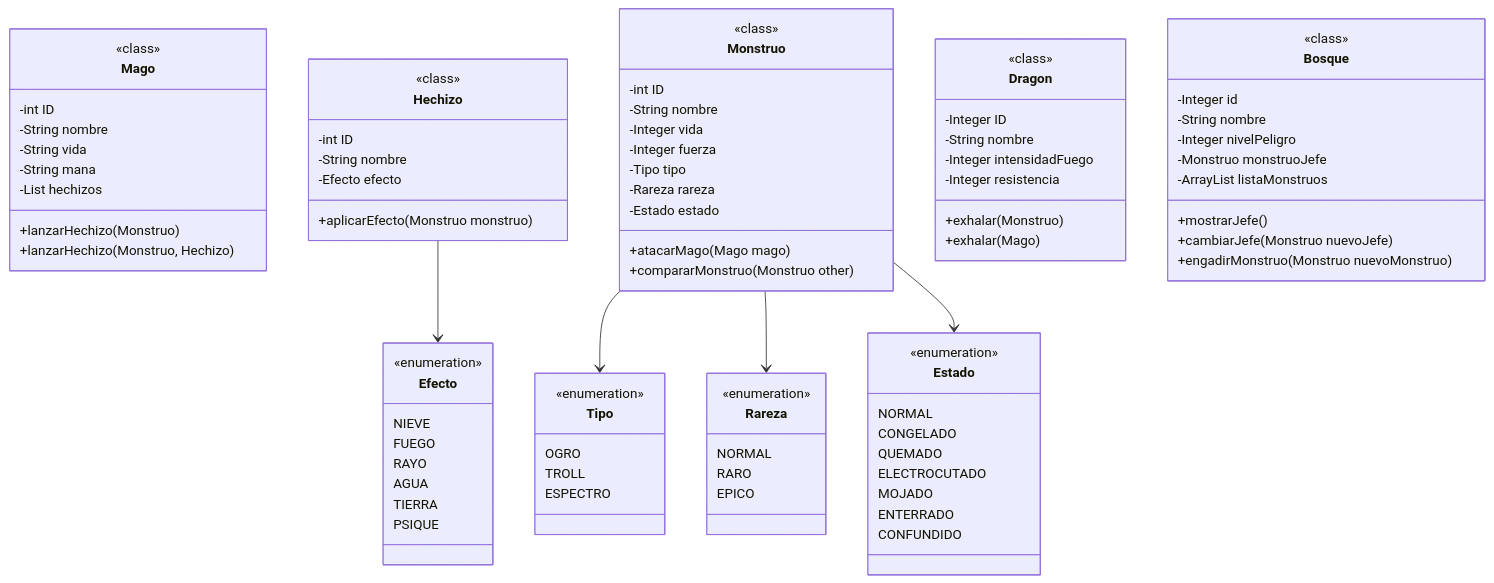
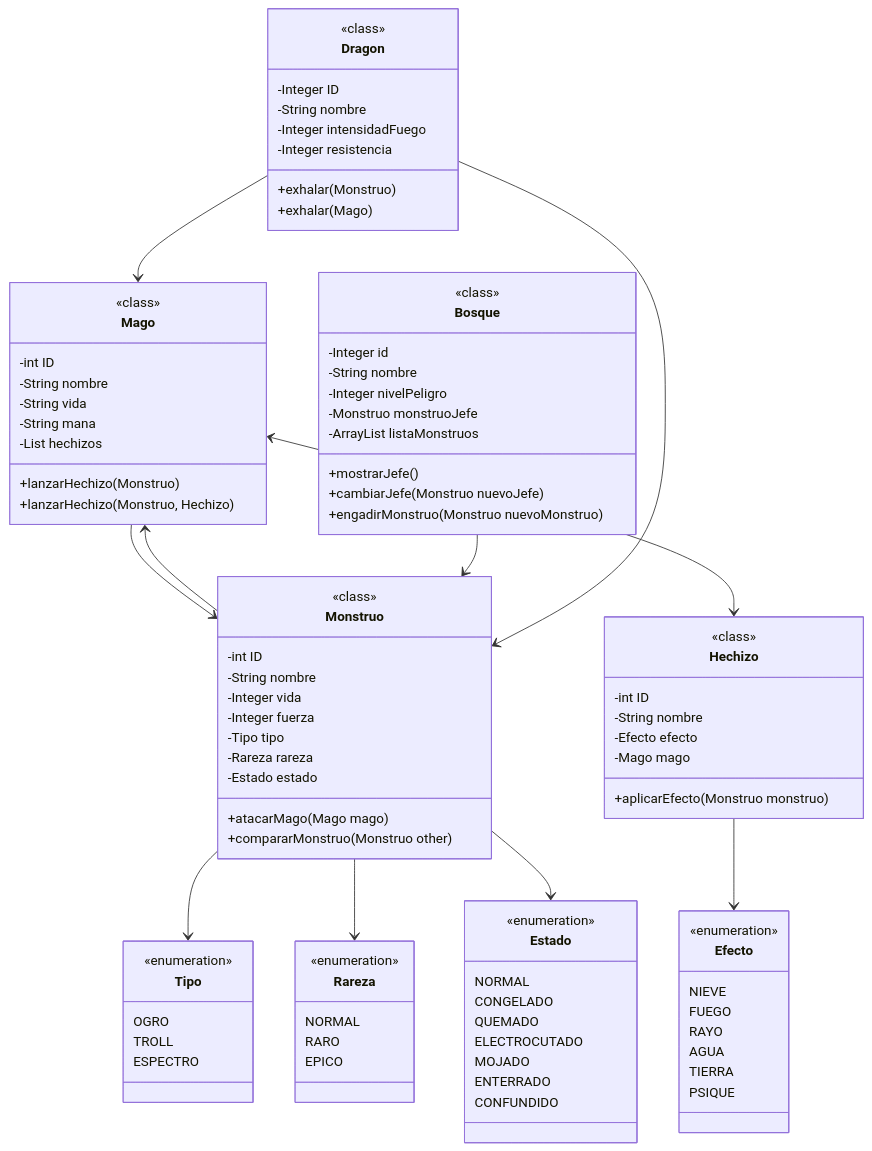
Before and after one commit to Manuel-SanClemente/Dragolandia---Extendido: the first of 2 diagrams in README.md, drawn with Mermaid. The commit also changed other lines of this file, not shown here.

Commit message:
18/12 10:52

````diff
--- a/README.md
+++ b/README.md
@@ -41,6 +41,7 @@
         -int ID
         -String nombre
         -Efecto efecto
+        -Mago mago
         +aplicarEfecto(Monstruo monstruo)
     }
     class Monstruo{
@@ -111,6 +112,12 @@
     Monstruo --> Rareza
     Monstruo --> Estado
     Hechizo --> Efecto
+    Mago <--> Hechizo
+    Mago --> Monstruo
+    Mago <-- Monstruo
+    Bosque --> Monstruo
+    Dragon --> Monstruo
+    Dragon --> Mago
 
 
 ```
````
